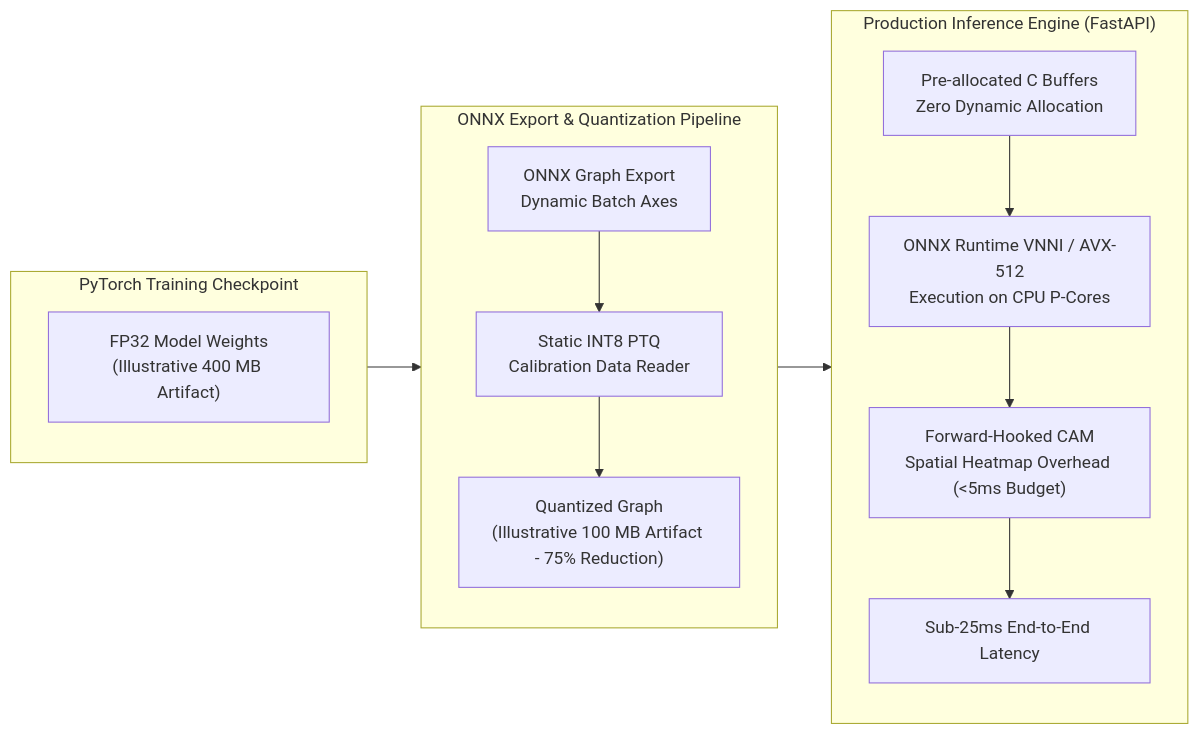
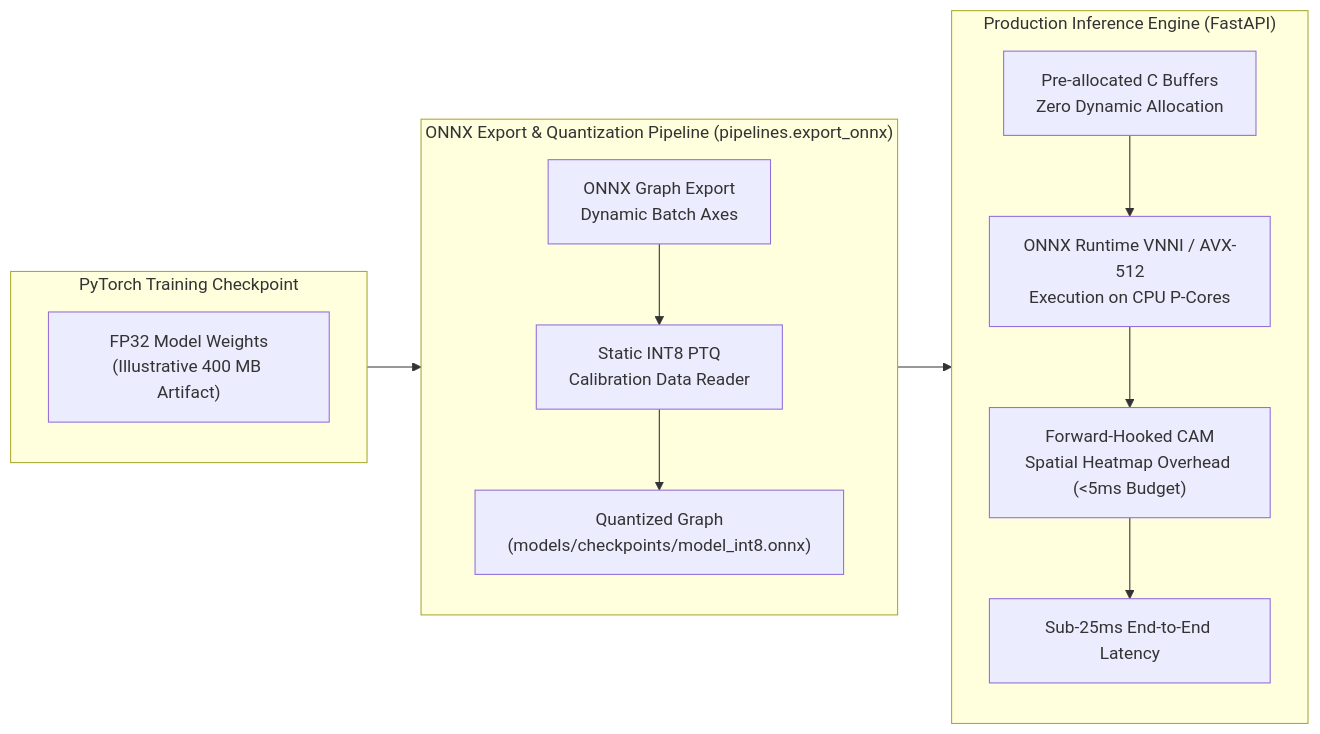
Before and after one commit to foersben/taxon-vision-mlops: the diagram in docs/model_engineering/onnx_optimization_and_latency.md, drawn with Mermaid. The commit also changed other lines of this file and 24 other files, not shown here.

````diff
--- a/docs/model_engineering/onnx_optimization_and_latency.md
+++ b/docs/model_engineering/onnx_optimization_and_latency.md
@@ -24,19 +25,19 @@
 ```mermaid
 flowchart LR
     subgraph PyTorch["PyTorch Training Checkpoint"]
         P1["FP32 Model Weights<br/>(Illustrative 400 MB Artifact)"]
     end
 
-    subgraph Compilation["ONNX Export & Quantization Pipeline"]
+    subgraph Compilation["ONNX Export & Quantization Pipeline (pipelines.export_onnx)"]
         C1["ONNX Graph Export<br/>Dynamic Batch Axes"] --> C2["Static INT8 PTQ<br/>Calibration Data Reader"]
-        C2 --> C3["Quantized Graph<br/>(Illustrative 100 MB Artifact - 75% Reduction)"]
+        C2 --> C3["Quantized Graph<br/>(models/checkpoints/model_int8.onnx)"]
     end
 
     subgraph Serving["Production Inference Engine (FastAPI)"]
         S1["Pre-allocated C Buffers<br/>Zero Dynamic Allocation"] --> S2["ONNX Runtime VNNI / AVX-512<br/>Execution on CPU P-Cores"]
         S2 --> S3["Forward-Hooked CAM<br/>Spatial Heatmap Overhead (<5ms Budget)"]
         S3 --> S4["Sub-25ms End-to-End Latency"]
     end
 
     PyTorch --> Compilation --> Serving
 ```
````
